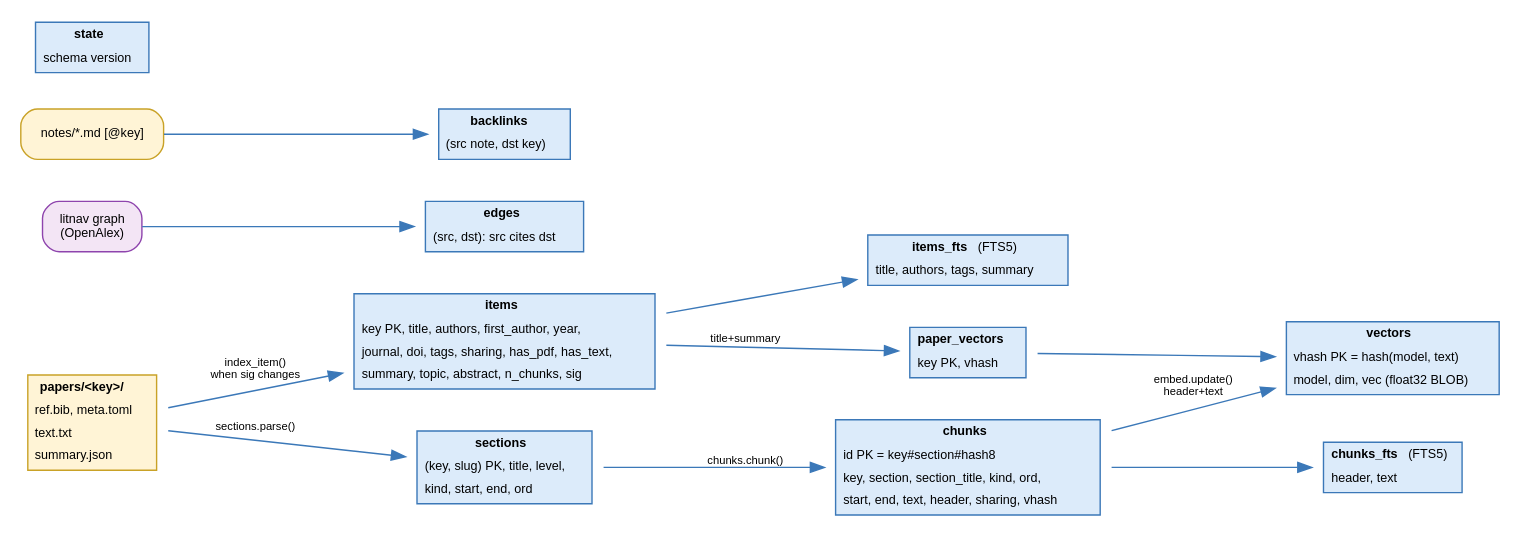
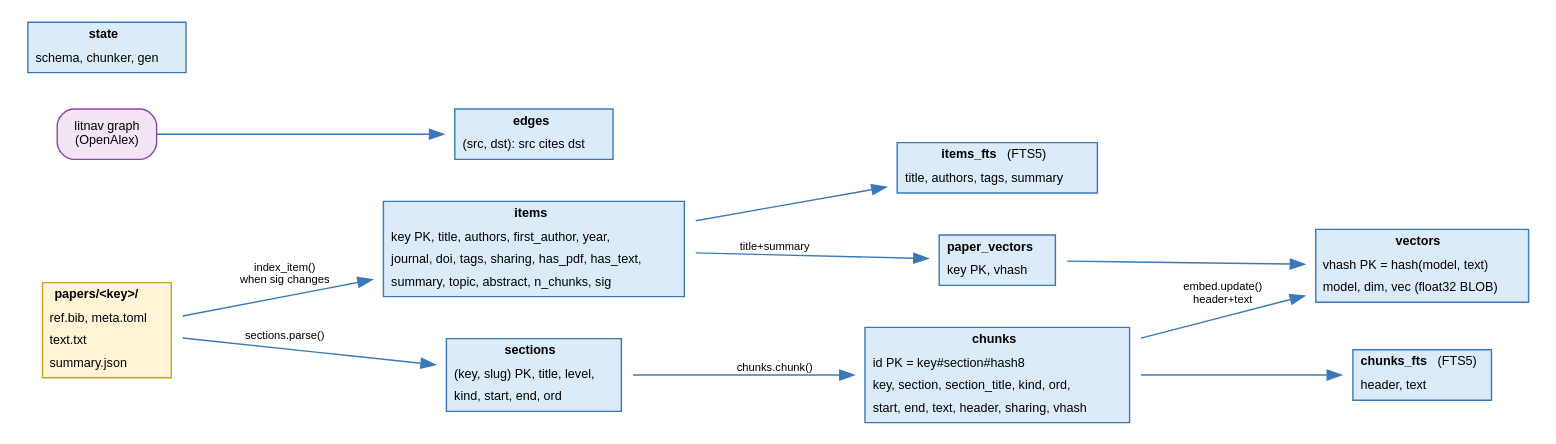
The diagram in docs/architecture/diagrams/index-schema.dot (markmuetz/litnav), drawn with Graphviz before and after one commit. The commit also changed 28 other files, not shown here.

```diff
--- a/docs/architecture/diagrams/index-schema.dot
+++ b/docs/architecture/diagrams/index-schema.dot
@@ -1,25 +1,24 @@
 digraph G {
   graph [rankdir=LR, fontname="Helvetica", fontsize=11, nodesep=0.3, ranksep=0.7];
   node  [fontname="Helvetica", fontsize=9, shape=plaintext];
   edge  [fontname="Helvetica", fontsize=8, color="#3B78B8"];
   files [label=<<TABLE BORDER="1" CELLBORDER="0" BGCOLOR="#FFF4D6" COLOR="#C9A227"><TR><TD><B>papers/&lt;key&gt;/</B></TD></TR>
     <TR><TD ALIGN="LEFT">ref.bib, meta.toml</TD></TR><TR><TD ALIGN="LEFT">text.txt</TD></TR><TR><TD ALIGN="LEFT">summary.json</TD></TR></TABLE>>];
   items [label=<<TABLE BORDER="1" CELLBORDER="0" BGCOLOR="#DCEBFA" COLOR="#3B78B8"><TR><TD><B>items</B></TD></TR>
     <TR><TD ALIGN="LEFT">key PK, title, authors, first_author, year,</TD></TR><TR><TD ALIGN="LEFT">journal, doi, tags, sharing, has_pdf, has_text,</TD></TR>
     <TR><TD ALIGN="LEFT">summary, topic, abstract, n_chunks, sig</TD></TR></TABLE>>];
   ifts [label=<<TABLE BORDER="1" CELLBORDER="0" BGCOLOR="#DCEBFA" COLOR="#3B78B8"><TR><TD><B>items_fts</B> (FTS5)</TD></TR><TR><TD ALIGN="LEFT">title, authors, tags, summary</TD></TR></TABLE>>];
   secs [label=<<TABLE BORDER="1" CELLBORDER="0" BGCOLOR="#DCEBFA" COLOR="#3B78B8"><TR><TD><B>sections</B></TD></TR><TR><TD ALIGN="LEFT">(key, slug) PK, title, level,</TD></TR><TR><TD ALIGN="LEFT">kind, start, end, ord</TD></TR></TABLE>>];
   chunks [label=<<TABLE BORDER="1" CELLBORDER="0" BGCOLOR="#DCEBFA" COLOR="#3B78B8"><TR><TD><B>chunks</B></TD></TR><TR><TD ALIGN="LEFT">id PK = key#section#hash8</TD></TR>
     <TR><TD ALIGN="LEFT">key, section, section_title, kind, ord,</TD></TR><TR><TD ALIGN="LEFT">start, end, text, header, sharing, vhash</TD></TR></TABLE>>];
   cfts [label=<<TABLE BORDER="1" CELLBORDER="0" BGCOLOR="#DCEBFA" COLOR="#3B78B8"><TR><TD><B>chunks_fts</B> (FTS5)</TD></TR><TR><TD ALIGN="LEFT">header, text</TD></TR></TABLE>>];
   vec [label=<<TABLE BORDER="1" CELLBORDER="0" BGCOLOR="#DCEBFA" COLOR="#3B78B8"><TR><TD><B>vectors</B></TD></TR><TR><TD ALIGN="LEFT">vhash PK = hash(model, text)</TD></TR><TR><TD ALIGN="LEFT">model, dim, vec (float32 BLOB)</TD></TR></TABLE>>];
   pvec [label=<<TABLE BORDER="1" CELLBORDER="0" BGCOLOR="#DCEBFA" COLOR="#3B78B8"><TR><TD><B>paper_vectors</B></TD></TR><TR><TD ALIGN="LEFT">key PK, vhash</TD></TR></TABLE>>];
   edges [label=<<TABLE BORDER="1" CELLBORDER="0" BGCOLOR="#DCEBFA" COLOR="#3B78B8"><TR><TD><B>edges</B></TD></TR><TR><TD ALIGN="LEFT">(src, dst): src cites dst</TD></TR></TABLE>>];
-  bl [label=<<TABLE BORDER="1" CELLBORDER="0" BGCOLOR="#DCEBFA" COLOR="#3B78B8"><TR><TD><B>backlinks</B></TD></TR><TR><TD ALIGN="LEFT">(src note, dst key)</TD></TR></TABLE>>];
-  state [label=<<TABLE BORDER="1" CELLBORDER="0" BGCOLOR="#DCEBFA" COLOR="#3B78B8"><TR><TD><B>state</B></TD></TR><TR><TD ALIGN="LEFT">schema version</TD></TR></TABLE>>];
+  state [label=<<TABLE BORDER="1" CELLBORDER="0" BGCOLOR="#DCEBFA" COLOR="#3B78B8"><TR><TD><B>state</B></TD></TR><TR><TD ALIGN="LEFT">schema, chunker, gen</TD></TR></TABLE>>];
   files -> items [label="index_item()\nwhen sig changes"];
   items -> ifts; files -> secs [label="sections.parse()"]; secs -> chunks [label="chunks.chunk()"];
   chunks -> cfts; chunks -> vec [label="embed.update()\nheader+text"]; items -> pvec [label="title+summary"]; pvec -> vec;
   gr [label="litnav graph\n(OpenAlex)", shape=box, style="rounded,filled", fillcolor="#F3E5F5", color="#8E44AD", fontname="Helvetica"];
-  gr -> edges; notes [label="notes/*.md [@key]", shape=box, style="rounded,filled", fillcolor="#FFF4D6", color="#C9A227", fontname="Helvetica"]; notes -> bl;
+  gr -> edges;
 }
```
